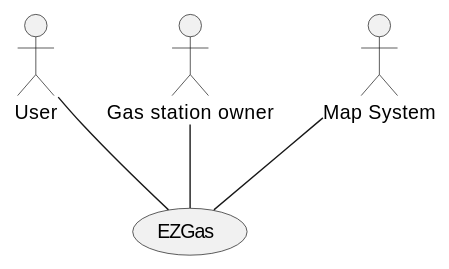
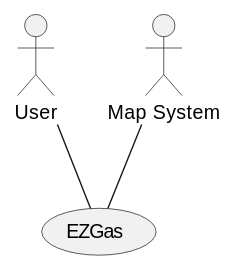
One commit to SoftengPoliTo/Lab2 changed the first of 2 diagrams in REQ_s269095.md. Above: the diagram before and after it, drawn with PlantUML. The commit also changed other lines of this file, not shown here.

````diff
--- a/REQ_s269095.md
+++ b/REQ_s269095.md
@@ -24,8 +23,6 @@
 ```plantuml
 actor User as U
-actor "Gas station owner" as G
 actor "Map System" as M
 U -- (EZGas)
-G -- (EZGas)
 M -- (EZGas)
 ```
````
